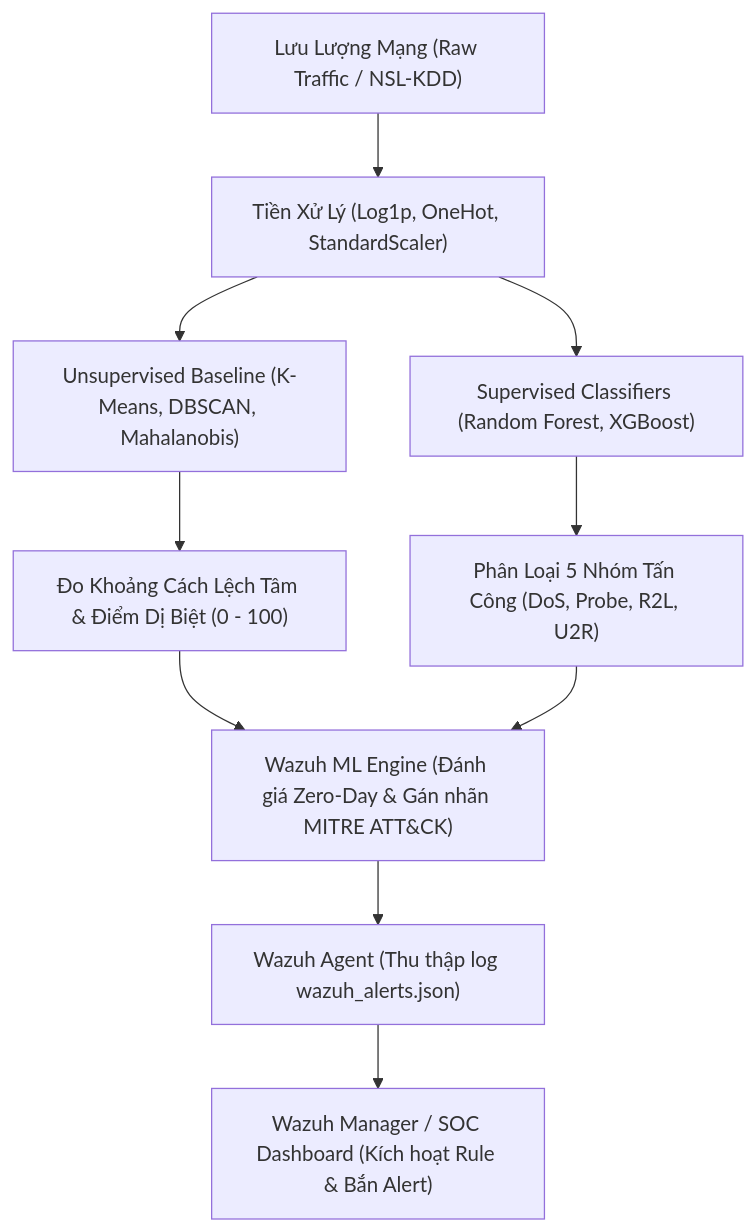
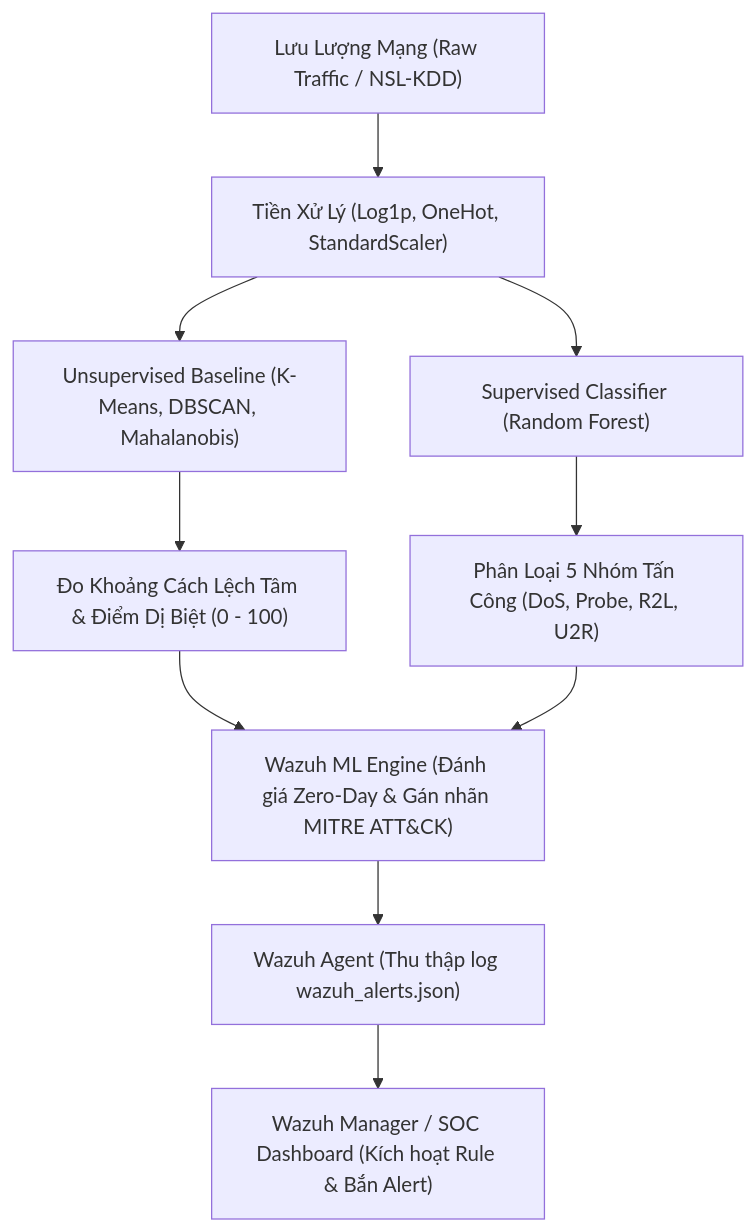
The diagram in README.md (Heero195/data_mining), drawn with Mermaid before and after one commit. The commit also changed other lines of this file and 11 other files, not shown here.

````diff
--- a/README.md
+++ b/README.md
@@ -33,11 +33,11 @@
 ```mermaid
 flowchart TD
     A["Lưu Lượng Mạng (Raw Traffic / NSL-KDD)"] --> B["Tiền Xử Lý (Log1p, OneHot, StandardScaler)"]
     B --> C["Unsupervised Baseline (K-Means, DBSCAN, Mahalanobis)"]
-    B --> D["Supervised Classifiers (Random Forest, XGBoost)"]
+    B --> D["Supervised Classifier (Random Forest)"]
     C --> E["Đo Khoảng Cách Lệch Tâm & Điểm Dị Biệt (0 - 100)"]
     D --> F["Phân Loại 5 Nhóm Tấn Công (DoS, Probe, R2L, U2R)"]
     E & F --> G["Wazuh ML Engine (Đánh giá Zero-Day & Gán nhãn MITRE ATT&CK)"]
     G --> H["Wazuh Agent (Thu thập log wazuh_alerts.json)"]
     H --> I["Wazuh Manager / SOC Dashboard (Kích hoạt Rule & Bắn Alert)"]
 ```
````
